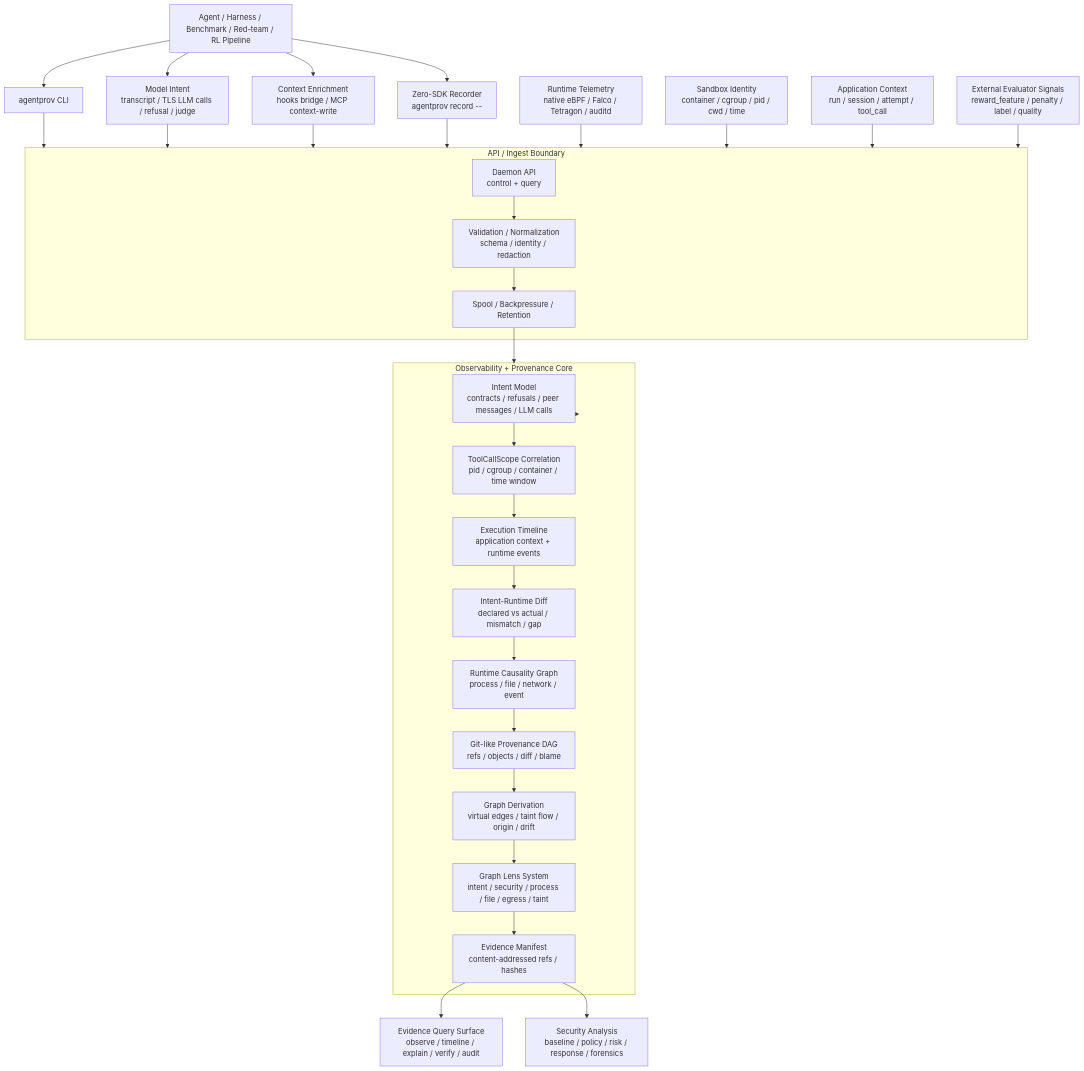
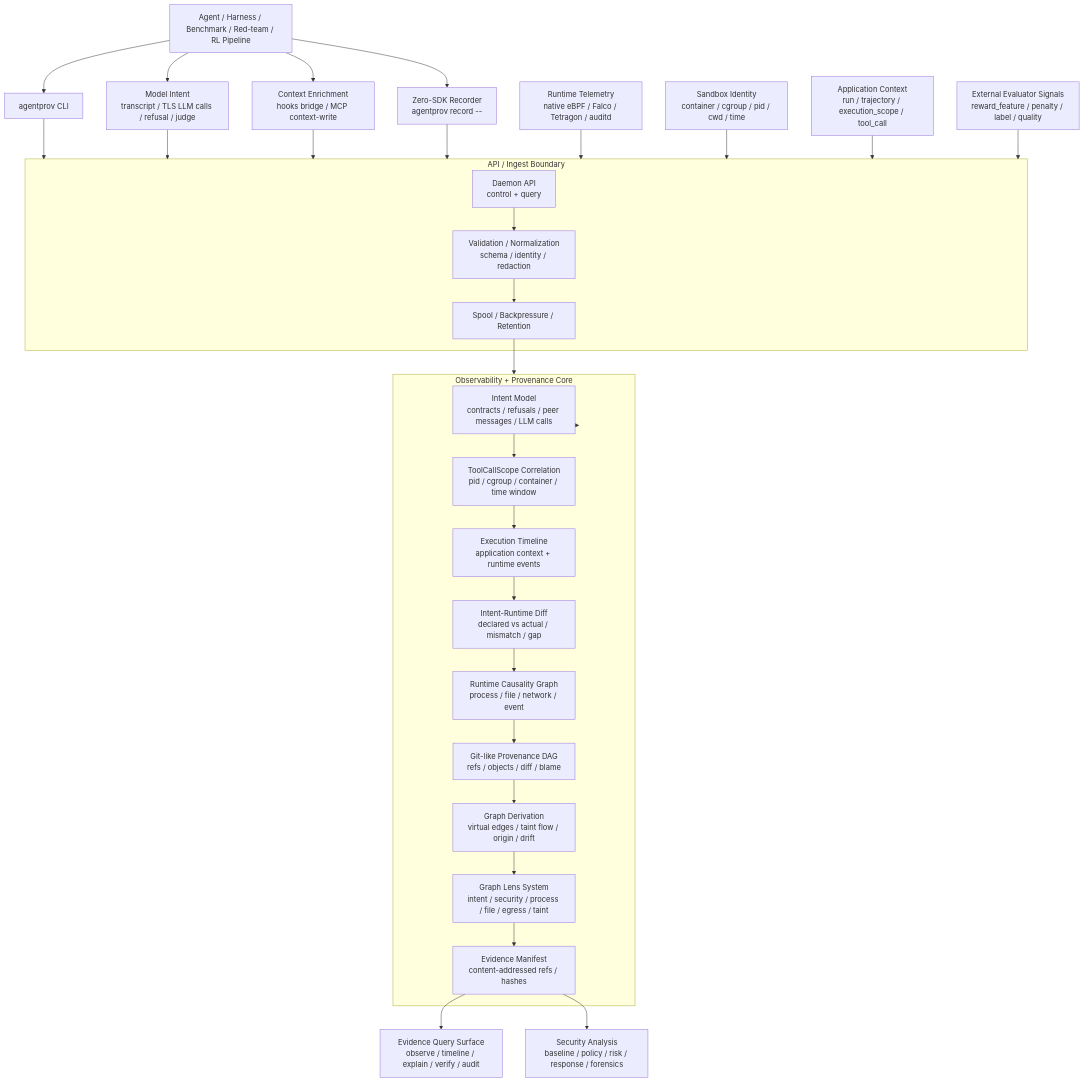
Before and after one commit to ByteYellow/Agent-Computer-Fleet: the diagram in README.md, drawn with Mermaid. The commit also changed other lines of this file and 61 other files, not shown here.

````diff
--- a/README.md
+++ b/README.md
@@ -988,50 +987,50 @@
 ```mermaid
 flowchart TD
     Agent["Agent / Harness / Benchmark / Red-team / RL Pipeline"] --> CLI["agentprov CLI"]
     Agent --> ModelIntent["Model Intent\ntranscript / TLS LLM calls / refusal / judge"]
     Agent --> Enrich["Context Enrichment\nhooks bridge / MCP context-write"]
     Agent --> Recorder["Zero-SDK Recorder\nagentprov record -- <cmd>"]
 
     CLI --> Boundary
     ModelIntent --> Boundary
     Enrich --> Boundary
     Recorder --> Boundary
     RuntimeTelemetry["Runtime Telemetry\nnative eBPF / Falco / Tetragon / auditd"] --> Boundary
     SandboxIdentity["Sandbox Identity\ncontainer / cgroup / pid / cwd / time"] --> Boundary
-    AppContext["Application Context\nrun / session / attempt / tool_call"] --> Boundary
+    AppContext["Application Context\nrun / trajectory / execution_scope / tool_call"] --> Boundary
     ExternalSignals["External Evaluator Signals\nreward_feature / penalty / label / quality"] --> Boundary
 
     subgraph Boundary["API / Ingest Boundary"]
         Daemon["Daemon API\ncontrol + query"]
         Validation["Validation / Normalization\nschema / identity / redaction"]
         Spool["Spool / Backpressure / Retention"]
     end
 
     Daemon --> Validation
     Validation --> Spool
     Spool --> Core
 
     subgraph Core["Observability + Provenance Core"]
         Intent["Intent Model\ncontracts / refusals / peer messages / LLM calls"]
         Correlation["ToolCallScope Correlation\npid / cgroup / container / time window"]
         Timeline["Execution Timeline\napplication context + runtime events"]
         IntentDiff["Intent-Runtime Diff\ndeclared vs actual / mismatch / gap"]
         Causality["Runtime Causality Graph\nprocess / file / network / event"]
         Provenance["Git-like Provenance DAG\nrefs / objects / diff / blame"]
         Derivation["Graph Derivation\nvirtual edges / taint flow / origin / drift"]
         Lens["Graph Lens System\nintent / security / process / file / egress / taint"]
         Evidence["Evidence Manifest\ncontent-addressed refs / hashes"]
     end
 
     Core --> Intent
     Intent --> Correlation
     Correlation --> Timeline
     Timeline --> IntentDiff
     IntentDiff --> Causality
     Causality --> Provenance
     Provenance --> Derivation
     Derivation --> Lens
     Lens --> Evidence
     Evidence --> Query["Evidence Query Surface\nobserve / timeline / explain / verify / audit"]
     Evidence --> Security["Security Analysis\nbaseline / policy / risk / response / forensics"]
 ```
````
